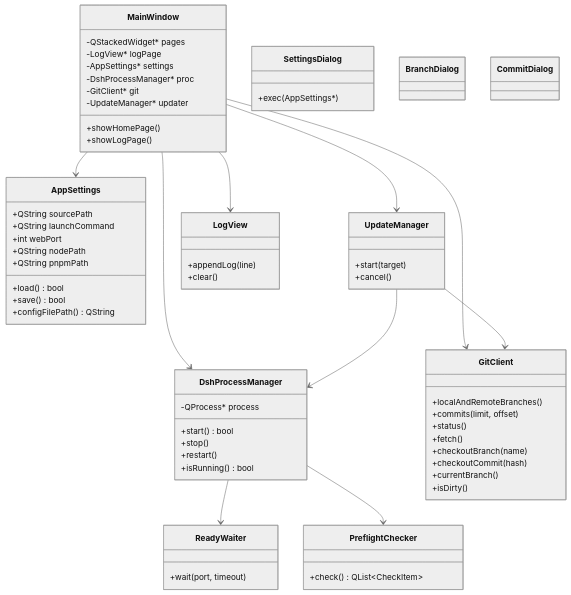
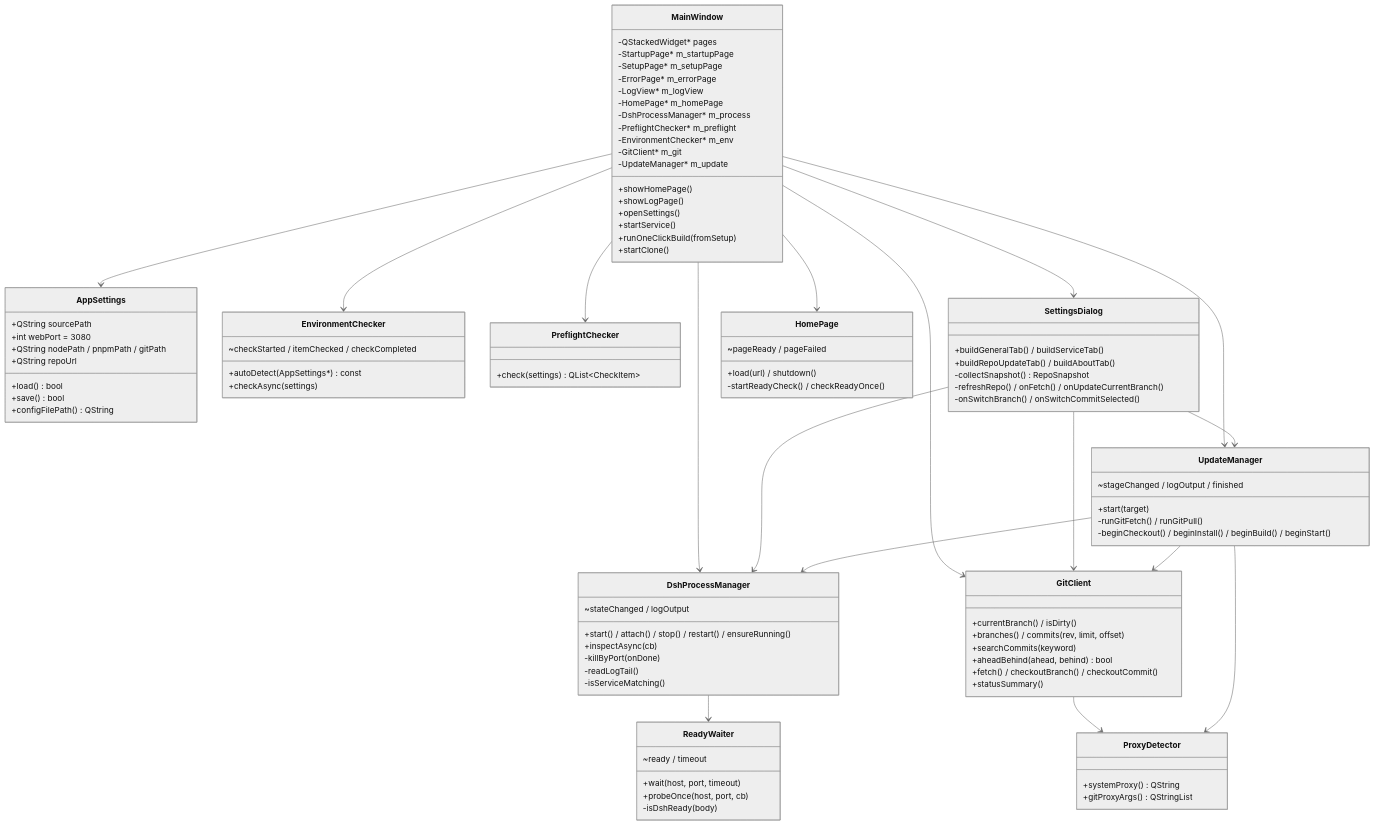
One commit to Cowenzuo/deepseek-harness-in-qt changed the first of 3 diagrams in docs/implementation.md. Above: the diagram before and after it, drawn with Mermaid (neutral theme). The commit also changed other lines of this file and 9 other files, not shown here.

````diff
--- a/docs/implementation.md
+++ b/docs/implementation.md
@@ -51,68 +71,99 @@
 classDiagram
     class MainWindow {
         -QStackedWidget* pages
-        -LogView* logPage
-        -AppSettings* settings
-        -DshProcessManager* proc
-        -GitClient* git
-        -UpdateManager* updater
+        -StartupPage* m_startupPage
+        -SetupPage* m_setupPage
+        -ErrorPage* m_errorPage
+        -LogView* m_logView
+        -HomePage* m_homePage
+        -DshProcessManager* m_process
+        -PreflightChecker* m_preflight
+        -EnvironmentChecker* m_env
+        -GitClient* m_git
+        -UpdateManager* m_update
         +showHomePage()
         +showLogPage()
+        +openSettings()
+        +startService()
+        +runOneClickBuild(fromSetup)
+        +startClone()
     }
     class AppSettings {
         +QString sourcePath
-        +QString launchCommand
-        +int webPort
-        +QString nodePath
-        +QString pnpmPath
+        +int webPort = 3080
+        +QString nodePath / pnpmPath / gitPath
+        +QString repoUrl
         +load() bool
         +save() bool
         +configFilePath() QString
     }
-    class SettingsDialog {
-        +exec(AppSettings*)
+    class EnvironmentChecker {
+        +autoDetect(AppSettings*) const
+        +checkAsync(settings)
+        ~checkStarted / itemChecked / checkCompleted
     }
     class DshProcessManager {
-        -QProcess* process
-        +start() bool
-        +stop()
-        +restart()
-        +isRunning() bool
+        +start() / attach() / stop() / restart() / ensureRunning()
+        +inspectAsync(cb)
+        ~stateChanged / logOutput
+        -killByPort(onDone)
+        -readLogTail()
+        -isServiceMatching()
+    }
+    class ReadyWaiter {
+        +wait(host, port, timeout)
+        +probeOnce(host, port, cb)
+        ~ready / timeout
+        -isDshReady(body)
     }
     class PreflightChecker {
-        +check() QList~CheckItem~
+        +check(settings) QList~CheckItem~
     }
-    class ReadyWaiter {
-        +wait(port, timeout)
+    class ProxyDetector {
+        +systemProxy() QString
+        +gitProxyArgs() QStringList
     }
     class GitClient {
-        +localAndRemoteBranches()
-        +commits(limit, offset)
-        +status()
-        +fetch()
-        +checkoutBranch(name)
-        +checkoutCommit(hash)
-        +currentBranch()
-        +isDirty()
+        +currentBranch() / isDirty()
+        +branches() / commits(rev, limit, offset)
+        +searchCommits(keyword)
+        +aheadBehind(ahead, behind) bool
+        +fetch() / checkoutBranch() / checkoutCommit()
+        +statusSummary()
     }
     class UpdateManager {
         +start(target)
-        +cancel()
+        ~stageChanged / logOutput / finished
+        -runGitFetch() / runGitPull()
+        -beginCheckout() / beginInstall() / beginBuild() / beginStart()
     }
-    class LogView {
-        +appendLog(line)
-        +clear()
+    class SettingsDialog {
+        +buildGeneralTab() / buildServiceTab()
+        +buildRepoUpdateTab() / buildAboutTab()
+        -collectSnapshot() RepoSnapshot
+        -refreshRepo() / onFetch() / onUpdateCurrentBranch()
+        -onSwitchBranch() / onSwitchCommitSelected()
     }
-    class BranchDialog
-    class CommitDialog
+    class HomePage {
+        +load(url) / shutdown()
+        ~pageReady / pageFailed
+        -startReadyCheck() / checkReadyOnce()
+    }
 
     MainWindow --> AppSettings
     MainWindow --> DshProcessManager
+    MainWindow --> EnvironmentChecker
+    MainWindow --> PreflightChecker
     MainWindow --> GitClient
     MainWindow --> UpdateManager
-    MainWindow --> LogView
+    MainWindow --> SettingsDialog
+    MainWindow --> HomePage
+    SettingsDialog --> GitClient
+    SettingsDialog --> UpdateManager
+    SettingsDialog --> DshProcessManager
+    UpdateManager --> GitClient
     UpdateManager --> DshProcessManager
-    UpdateManager --> GitClient
     DshProcessManager --> ReadyWaiter
-    DshProcessManager --> PreflightChecker
+    GitClient --> ProxyDetector
+    UpdateManager --> ProxyDetector
 ```
````
